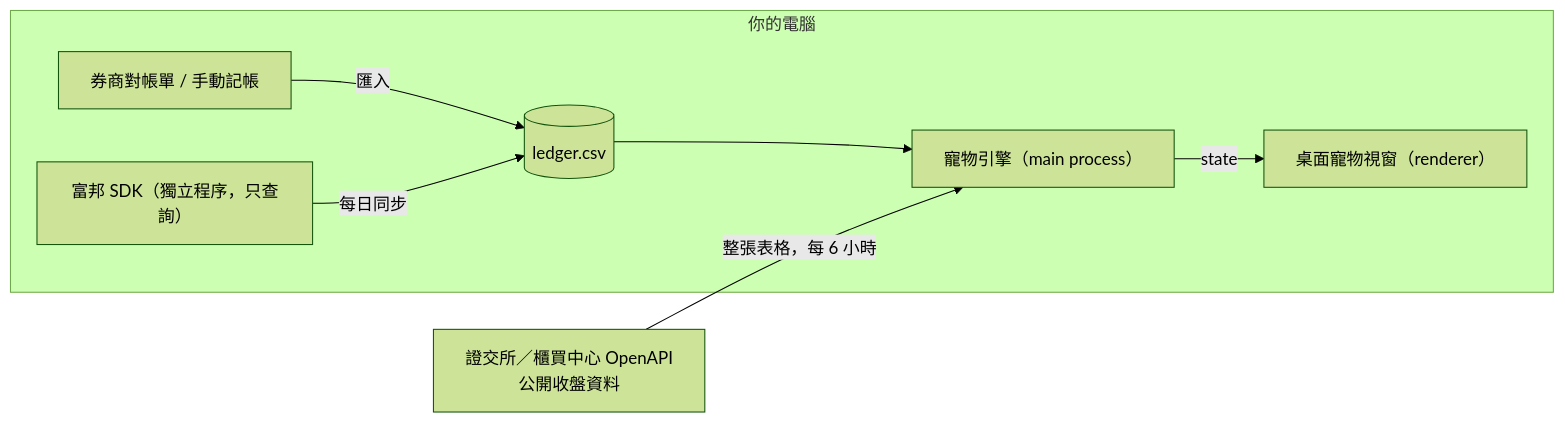
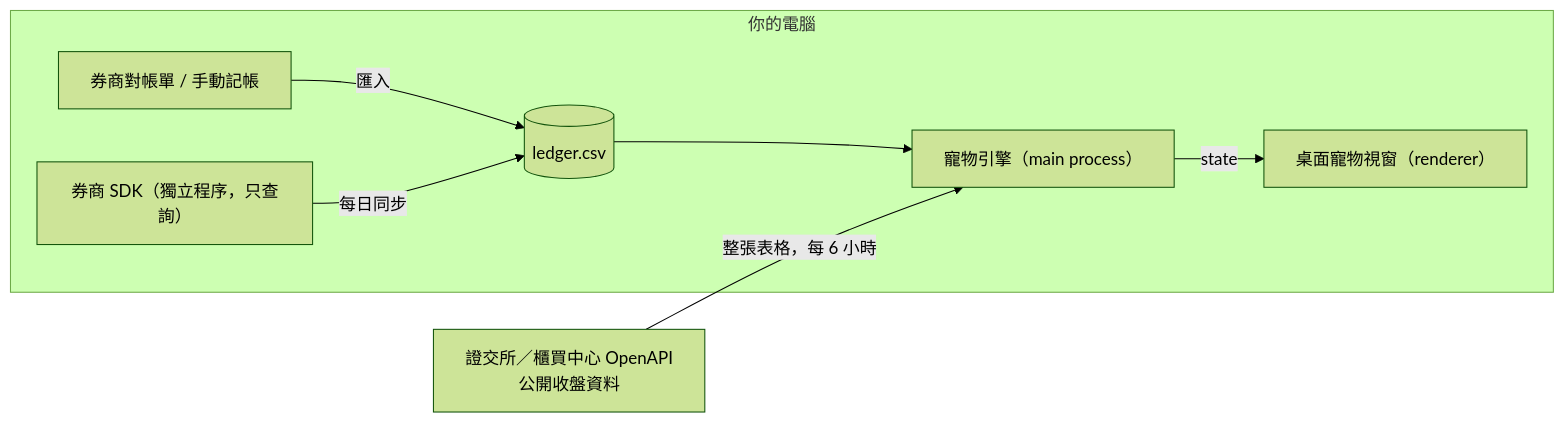
One commit to apapp45455/nestegg changed the diagram in README.md. Above: the diagram before and after it, drawn with Mermaid (forest theme). The commit also changed other lines of this file and 15 other files, not shown here.

````diff
--- a/README.md
+++ b/README.md
@@ -188,10 +188,10 @@
 ```mermaid
 flowchart LR
   subgraph local["你的電腦"]
     M["券商對帳單 / 手動記帳"] -->|匯入| L[("ledger.csv")]
-    F["富邦 SDK（獨立程序，只查詢）"] -->|每日同步| L
+    F["券商 SDK（獨立程序，只查詢）"] -->|每日同步| L
     L --> E["寵物引擎（main process）"]
     E -->|state| P["桌面寵物視窗（renderer）"]
   end
   T["證交所／櫃買中心 OpenAPI<br/>公開收盤資料"] -->|整張表格，每 6 小時| E
 ```
````
